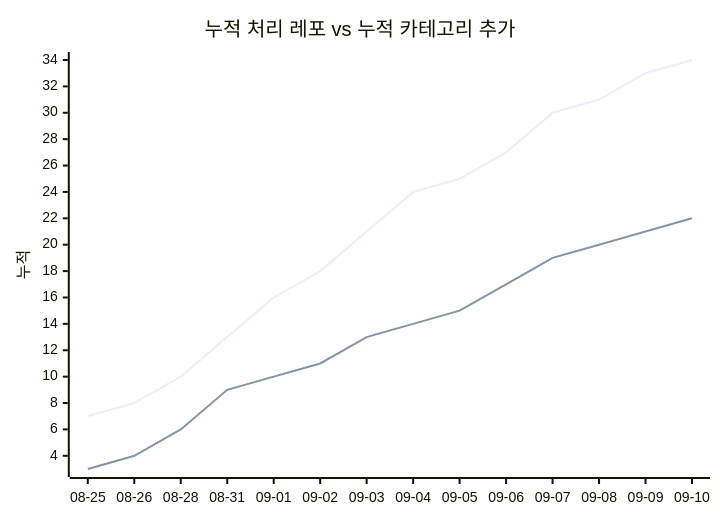
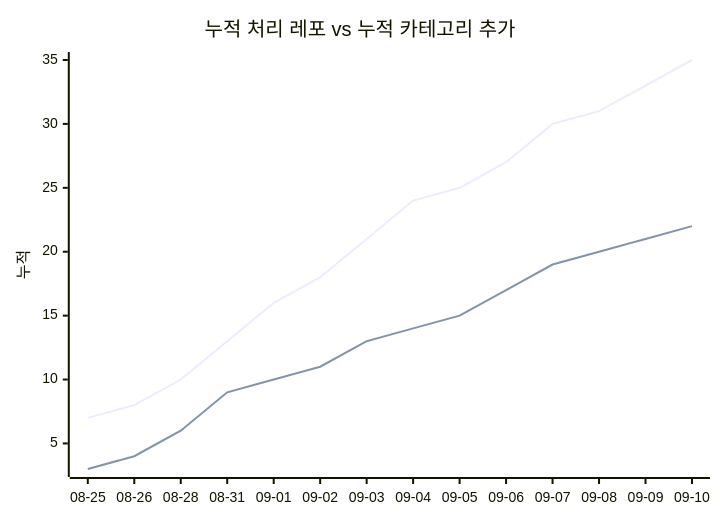
One commit to J-nowcow/awesome-korean-agent-skills changed the second of 2 diagrams in docs/trends.md. Above: the diagram before and after it, drawn with Mermaid. The commit also changed other lines of this file and 2 other files, not shown here.

````diff
--- a/docs/trends.md
+++ b/docs/trends.md
@@ -68,8 +68,8 @@
 ```mermaid
 xychart-beta
     title "누적 처리 레포 vs 누적 카테고리 추가"
     x-axis ["08-25","08-26","08-28","08-31","09-01","09-02","09-03","09-04","09-05","09-06","09-07","09-08","09-09","09-10"]
     y-axis "누적"
-    line [7,8,10,13,16,18,21,24,25,27,30,31,33,34]
+    line [7,8,10,13,16,18,21,24,25,27,30,31,33,35]
     line [3,4,6,9,10,11,13,14,15,17,19,20,21,22]
 ```
````
